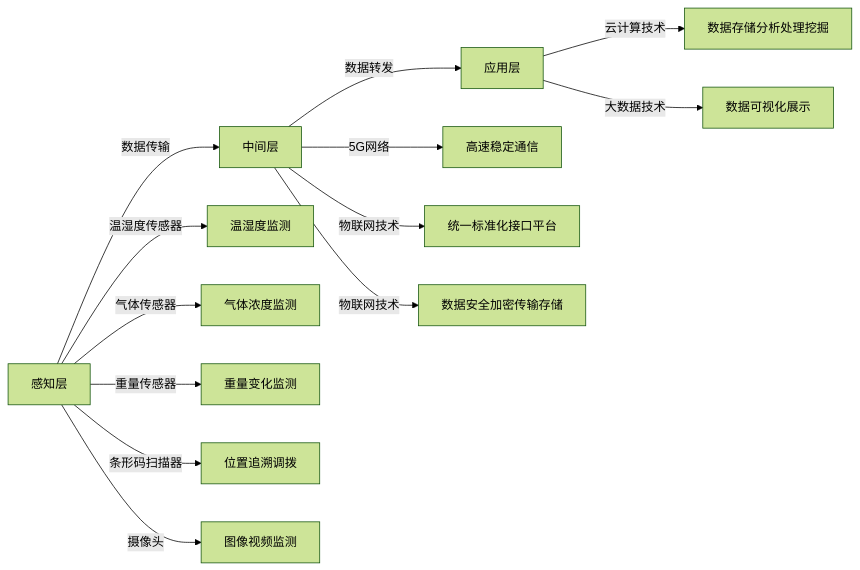
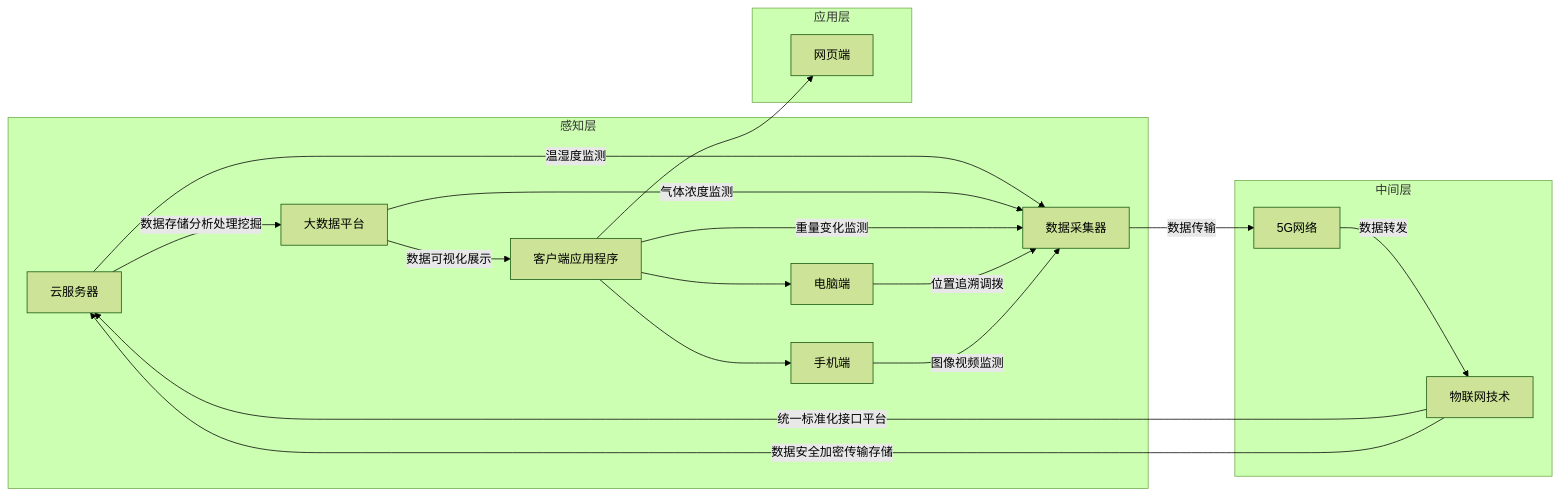
One commit to Chenyinlin-Yiking/obsidian changed the second of 2 diagrams in Math/线代/行列式典型例题分析.md. Above: the diagram before and after it, drawn with Mermaid (forest theme).

Commit message:
vault backup: 2023-06-09 19:14:36

````diff
--- a/Math/线代/行列式典型例题分析.md
+++ b/Math/线代/行列式典型例题分析.md
@@ -70,15 +70,24 @@
 ```mermaid
 graph LR
-A[感知层] -->|数据传输| B[中间层]
-B -->|数据转发| C[应用层]
-A -->|温湿度传感器| D[温湿度监测]
-A -->|气体传感器| E[气体浓度监测]
-A -->|重量传感器| F[重量变化监测]
-A -->|条形码扫描器| G[位置追溯调拨]
-A -->|摄像头| H[图像视频监测]
-B -->|5G网络| I[高速稳定通信]
-B -->|物联网技术| J[统一标准化接口平台]
-B -->|物联网技术| K[数据安全加密传输存储]
-C -->|云计算技术| L[数据存储分析处理挖掘]
-C -->|大数据技术| M[数据可视化展示]
+subgraph 感知层
+D[温湿度传感器] -->|温湿度监测| A[数据采集器]
+E[气体传感器] -->|气体浓度监测| A
+F[重量传感器] -->|重量变化监测| A
+G[条形码扫描器] -->|位置追溯调拨| A
+H[摄像头] -->|图像视频监测| A
+end
+subgraph 中间层
+A -->|数据传输| B[5G网络]
+B -->|数据转发| C[物联网技术]
+C -->|统一标准化接口平台| D[云服务器]
+C -->|数据安全加密传输存储| D
+end
+subgraph 应用层
+D -->|数据存储分析处理挖掘| E[大数据平台]
+E -->|数据可视化展示| F[客户端应用程序]
+F --> G[电脑端]
+F --> H[手机端]
+F --> I[网页端]
+end
+
 ```
````
